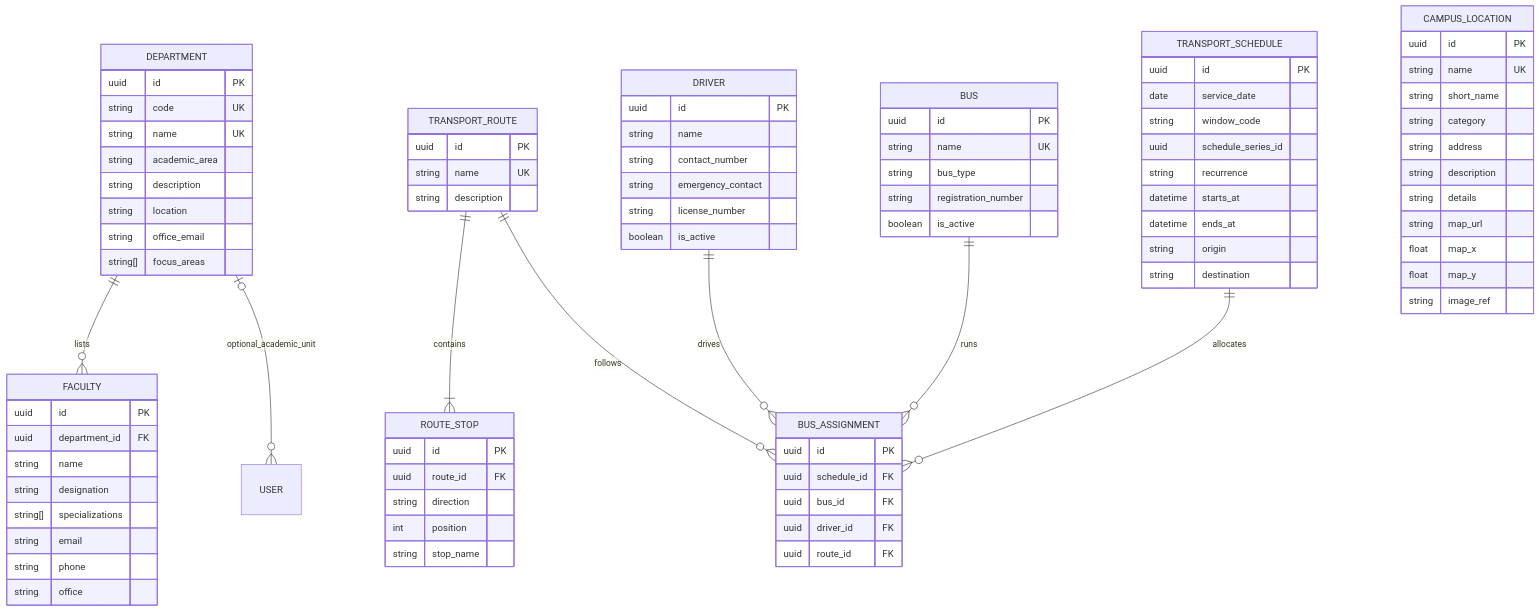
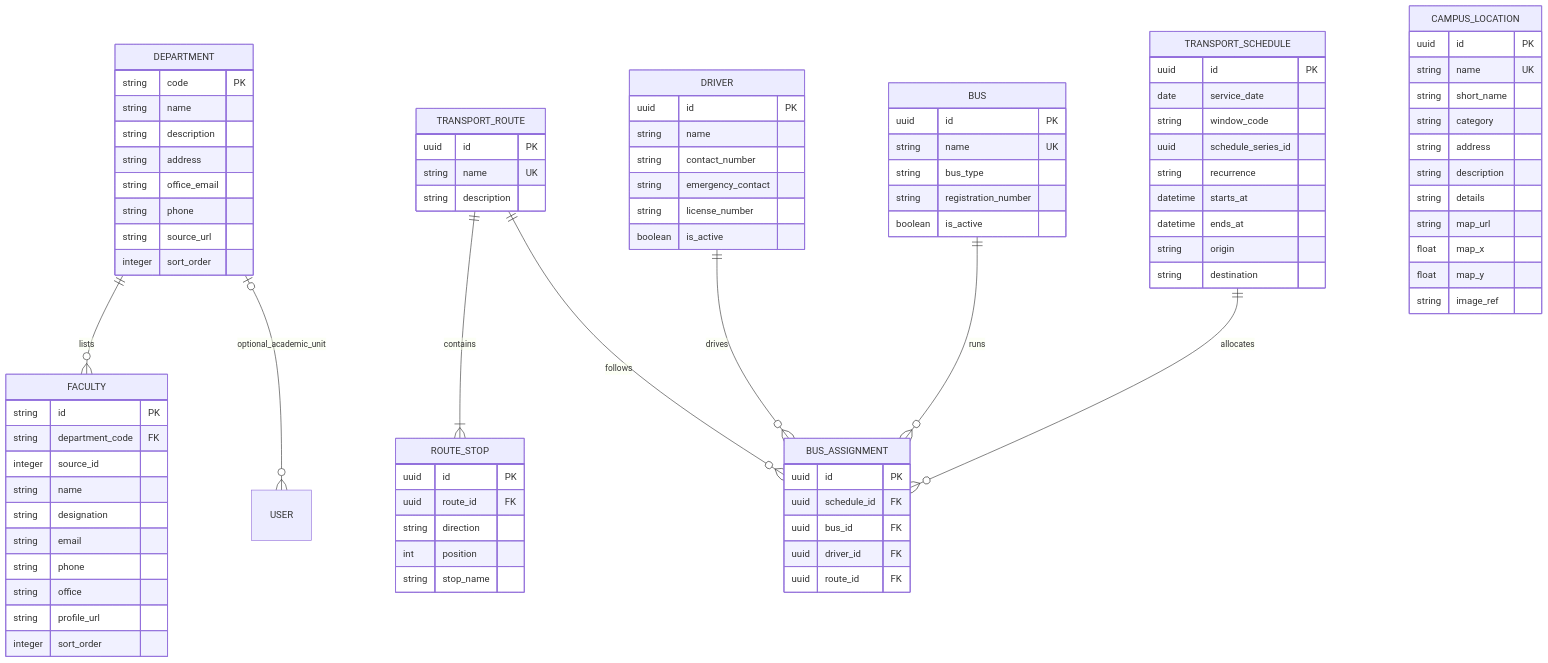
One commit to anindya357/UniCircle changed the second of 4 diagrams in docs/design/ERD.md. Above: the diagram before and after it, drawn with Mermaid. The commit also changed other lines of this file and 24 other files, not shown here.

```diff
--- a/docs/design/ERD.md
+++ b/docs/design/ERD.md
@@ -172,24 +172,26 @@
     TRANSPORT_ROUTE ||--o{ BUS_ASSIGNMENT : follows
 
     DEPARTMENT {
-        uuid id PK
-        string code UK
-        string name UK
-        string academic_area
+        string code PK
+        string name
         string description
-        string location
+        string address
         string office_email
-        string[] focus_areas
+        string phone
+        string source_url
+        integer sort_order
     }
     FACULTY {
-        uuid id PK
-        uuid department_id FK
+        string id PK
+        string department_code FK
+        integer source_id
         string name
         string designation
-        string[] specializations
         string email
         string phone
         string office
+        string profile_url
+        integer sort_order
     }
     CAMPUS_LOCATION {
         uuid id PK
```
